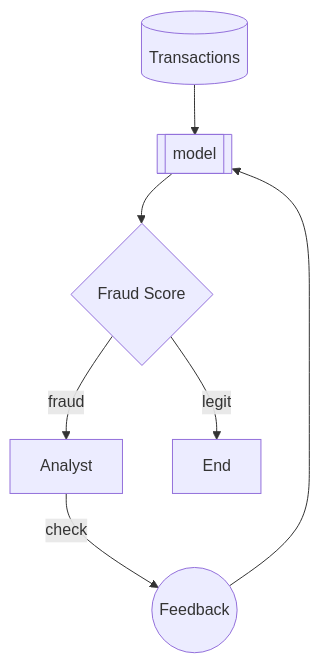
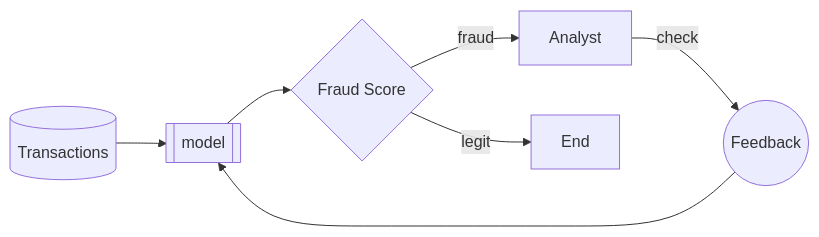
The first of 2 diagrams in README.md (lintosunny/Credit-Card-Fraud-Detection-Using-Machine-Learning), drawn with Mermaid before and after one commit.

````diff
--- a/README.md
+++ b/README.md
@@ -17,9 +17,9 @@
 ```mermaid
-flowchart TD
+flowchart LR
     A[(Transactions)] --> B[[model]]
     B --> C{Fraud Score}
     C -- fraud --> D[Analyst]
     C -- legit --> E[End]
     D -- check --> F((Feedback))
     F --> B
 ```
````
